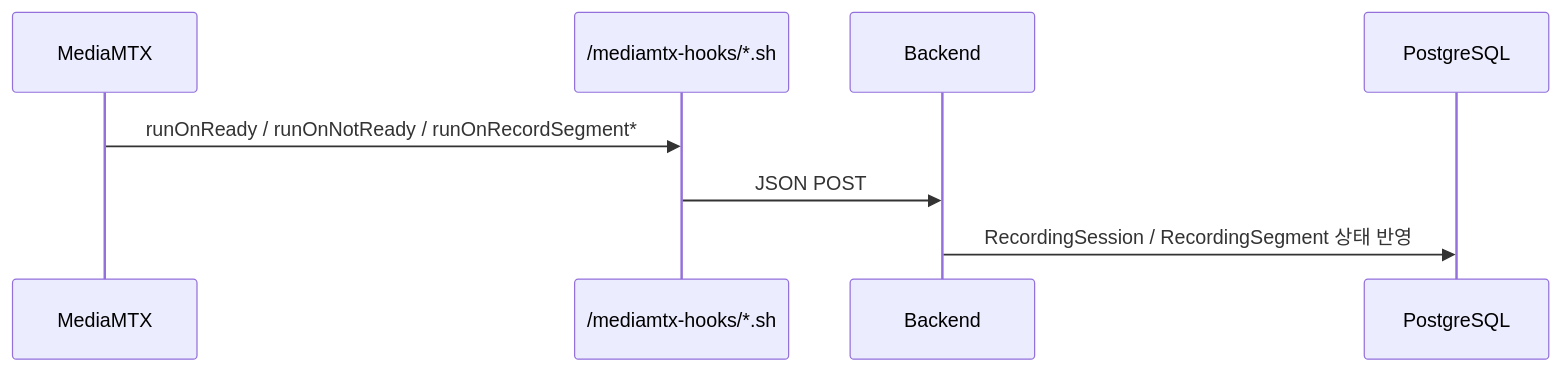
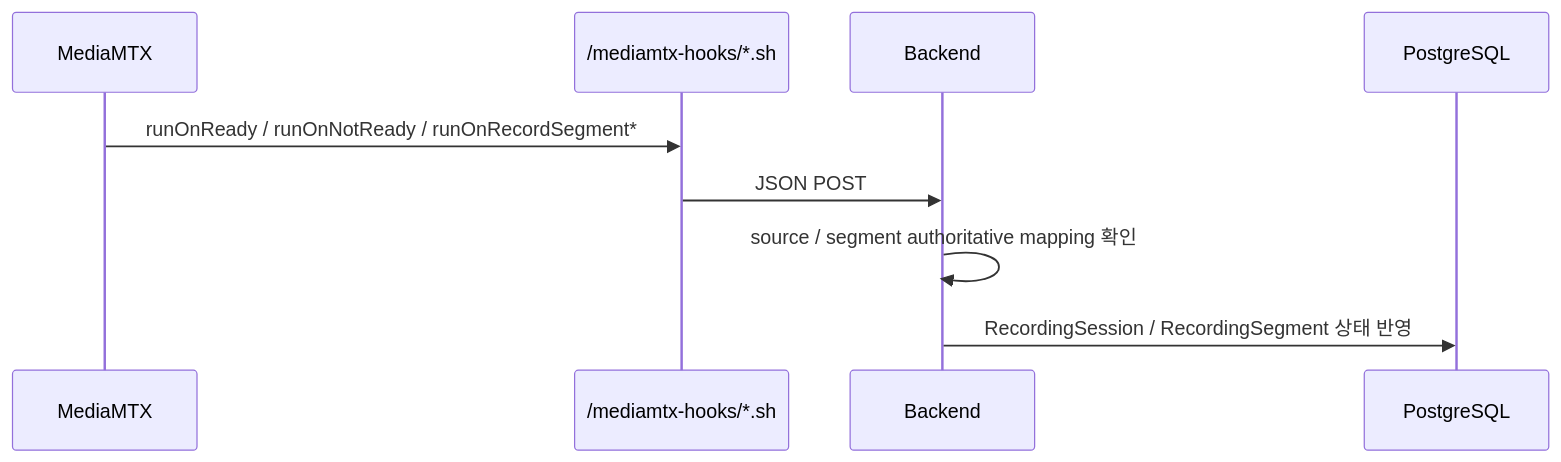
The fifth of 6 diagrams in docs/09. project_streaming.md (ego-flow/ego-flow-server), drawn with Mermaid before and after one commit. The commit also changed other lines of this file and 30 other files, not shown here.

````diff
--- a/docs/09. project_streaming.md
+++ b/docs/09. project_streaming.md
@@ -254,11 +419,12 @@
 ```mermaid
 sequenceDiagram
     participant MTX as MediaMTX
     participant Hooks as /mediamtx-hooks/*.sh
     participant BE as Backend
     participant DB as PostgreSQL
 
     MTX->>Hooks: runOnReady / runOnNotReady / runOnRecordSegment*
     Hooks->>BE: JSON POST
+    BE->>BE: source / segment authoritative mapping 확인
     BE->>DB: RecordingSession / RecordingSegment 상태 반영
 ```
````
